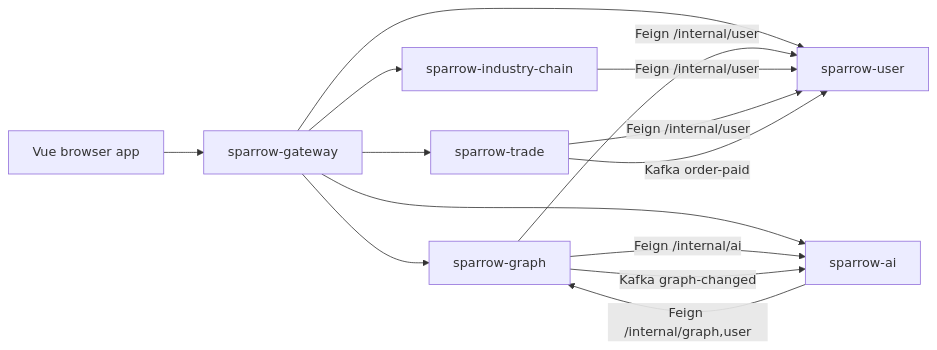
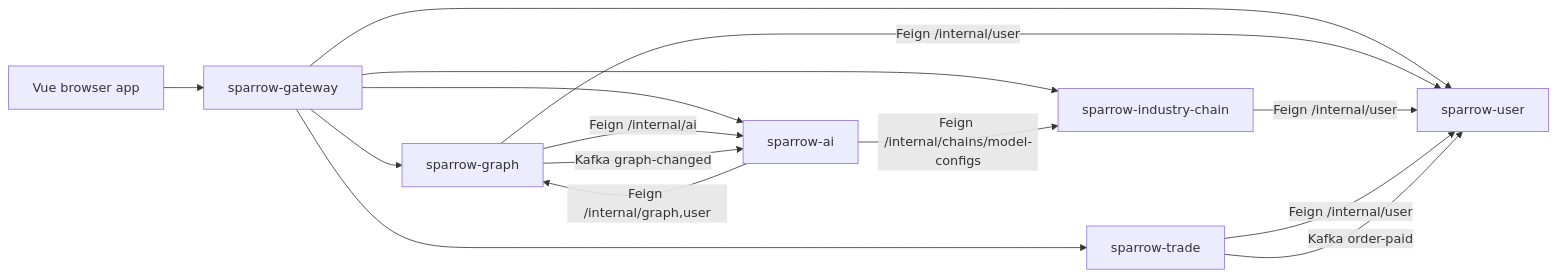
One commit to dazhaxie2/Sparrow changed the diagram in docs/harness/architecture.md. Above: the diagram before and after it, drawn with Mermaid. The commit also changed other lines of this file and 52 other files, not shown here.

````diff
--- a/docs/harness/architecture.md
+++ b/docs/harness/architecture.md
@@ -5,16 +5,17 @@
 ```mermaid
 flowchart LR
     Browser["Vue browser app"] --> Gateway["sparrow-gateway"]
     Gateway --> User["sparrow-user"]
     Gateway --> Graph["sparrow-graph"]
     Gateway --> Trade["sparrow-trade"]
     Gateway --> AI["sparrow-ai"]
     Gateway --> Chain["sparrow-industry-chain"]
     Graph -->|"Feign /internal/ai"| AI
     Graph -->|"Feign /internal/user"| User
     AI -->|"Feign /internal/graph,user"| Graph
+    AI -->|"Feign /internal/chains/model-configs"| Chain
     Chain -->|"Feign /internal/user"| User
     Trade -->|"Feign /internal/user"| User
     Trade -->|"Kafka order-paid"| User
     Graph -->|"Kafka graph-changed"| AI
 ```
````
